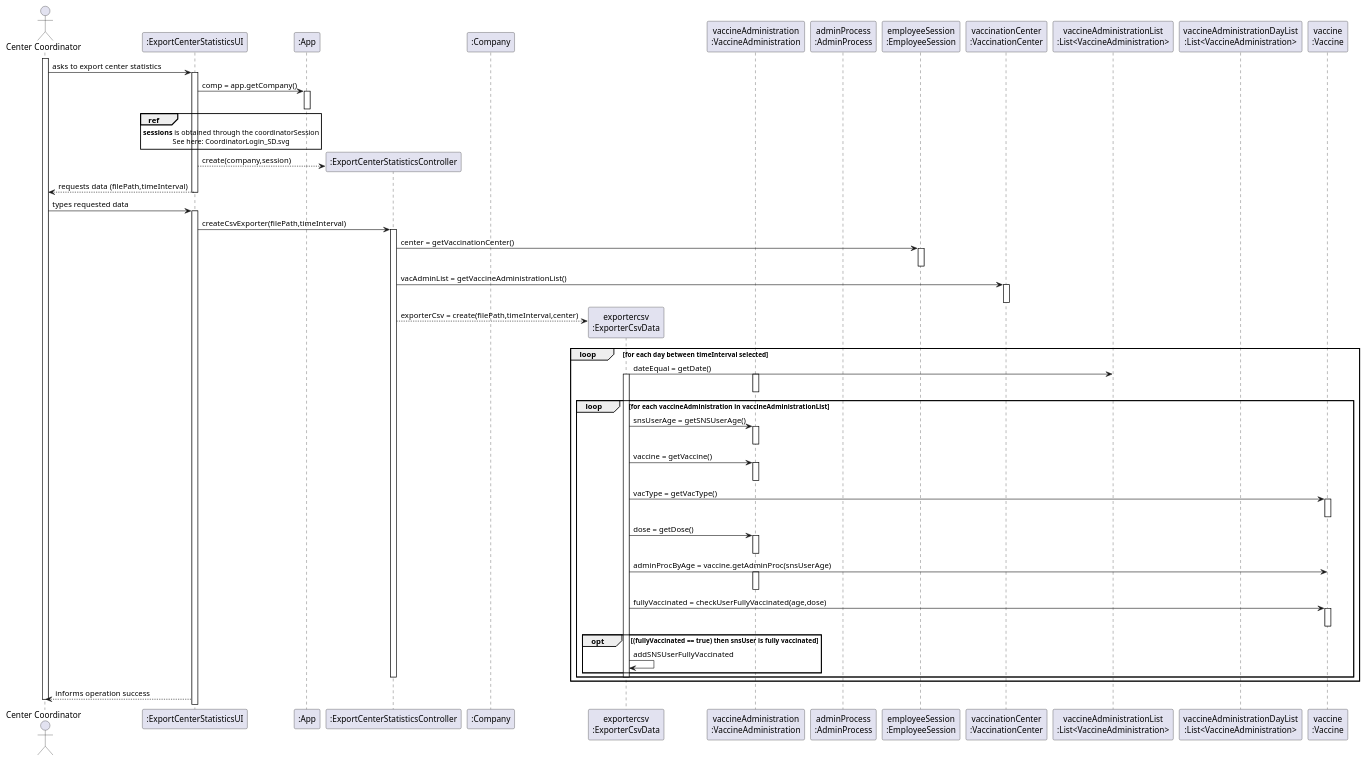
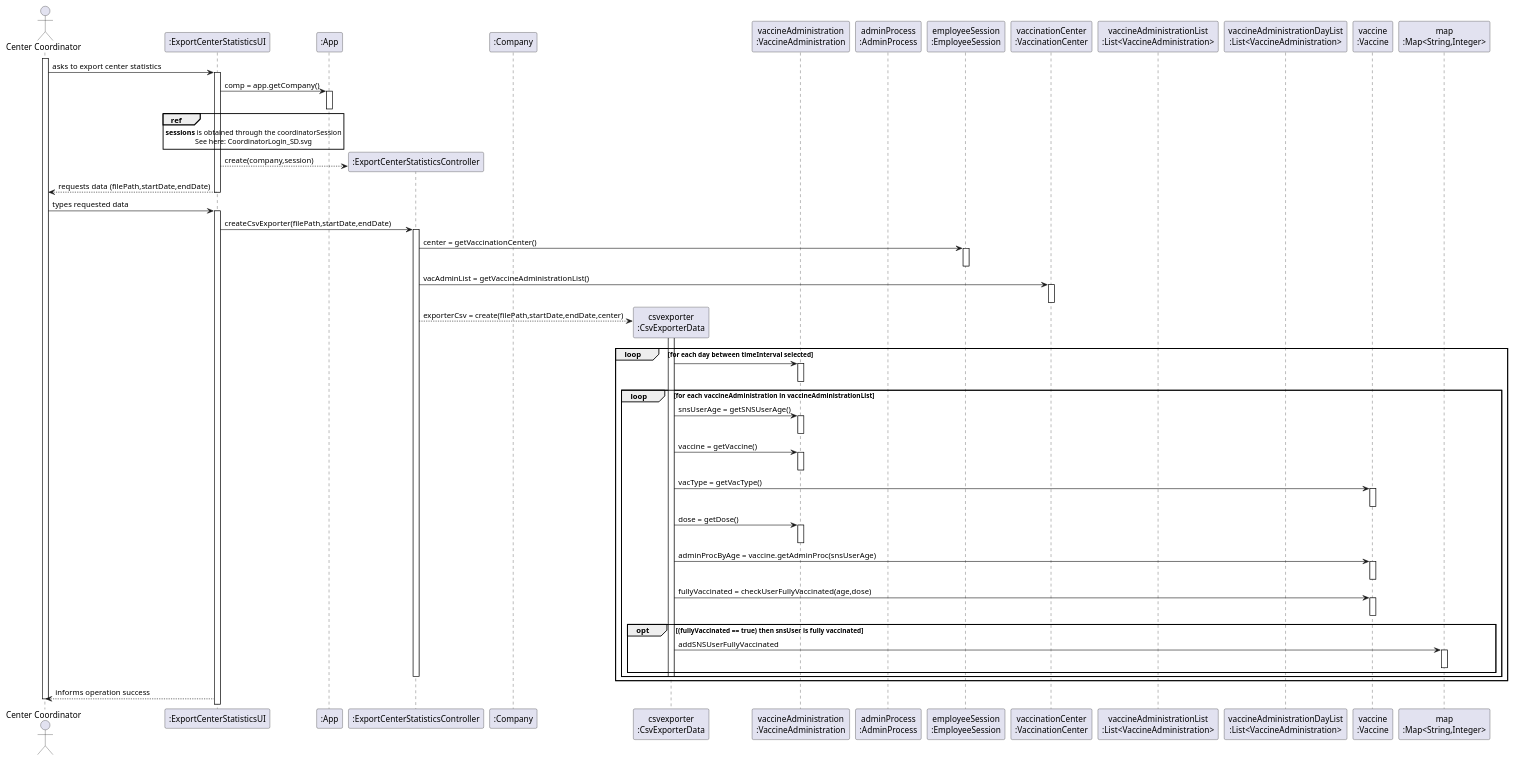
The diagram in docs/SprintD/US15/SD/US15_SD.puml (miseEnPlace-i/lapr2), drawn with PlantUML before and after one commit.

Commit message:
docs(US15): updated SD (added map to save fully vaccinated)

```diff
--- a/docs/SprintD/US15/SD/US15_SD.puml
+++ b/docs/SprintD/US15/SD/US15_SD.puml
@@ -1,98 +1,101 @@
 @startuml US15_SD
 
 actor "Center Coordinator" as COORDINATOR
 
 participant ":ExportCenterStatisticsUI" as UI
 participant ":App" as APP
 participant ":ExportCenterStatisticsController" as CTRL
 participant ":Company" as COMP
-participant "exportercsv\n:ExporterCsvData" as EXPORTER
+participant "csvexporter\n:CsvExporterData" as EXPORTER
 participant "vaccineAdministration\n:VaccineAdministration" as VACADMIN
 participant "adminProcess\n:AdminProcess" as ADMINPROC
 participant "employeeSession\n:EmployeeSession" as EMPLOYEESESSION
 participant "vaccinationCenter\n:VaccinationCenter" as CENTER
 participant "vaccineAdministrationList\n:List<VaccineAdministration>" as VACADMINLIST
 participant "vaccineAdministrationDayList\n:List<VaccineAdministration>" as VACDAYLIST
 participant "vaccine\n:Vaccine" as VACCINE
+participant "map\n:Map<String,Integer>" as MAP
 
 activate COORDINATOR
 COORDINATOR -> UI : asks to export center statistics
 activate UI
 
 UI -> APP : comp = app.getCompany()
 activate APP
 deactivate APP
 
 ref over UI 
 **sessions** is obtained through the coordinatorSession
 See here: CoordinatorLogin_SD.svg
 end ref
 
 UI --> CTRL** : create(company,session)
 
-UI --> COORDINATOR : requests data (filePath,timeInterval)
+UI --> COORDINATOR : requests data (filePath,startDate,endDate)
 deactivate UI
 
 COORDINATOR -> UI : types requested data
 activate UI
 
-UI -> CTRL : createCsvExporter(filePath,timeInterval)
+UI -> CTRL : createCsvExporter(filePath,startDate,endDate)
 activate CTRL
 
 CTRL -> EMPLOYEESESSION : center = getVaccinationCenter()
 activate EMPLOYEESESSION
 deactivate EMPLOYEESESSION
 
 CTRL -> CENTER : vacAdminList = getVaccineAdministrationList()
 activate CENTER
 deactivate CENTER
 
-CTRL --> EXPORTER** : exporterCsv = create(filePath,timeInterval,center)
+CTRL --> EXPORTER** : exporterCsv = create(filePath,startDate,endDate,center)
 
 loop for each day between timeInterval selected
+activate EXPORTER
 
-EXPORTER -> VACADMINLIST : dateEqual = getDate()
-activate EXPORTER
+EXPORTER -> VACADMIN : 
 activate VACADMIN
 deactivate VACADMIN
 
 loop for each vaccineAdministration in vaccineAdministrationList
 
 EXPORTER -> VACADMIN :  snsUserAge = getSNSUserAge()
 activate VACADMIN
 deactivate VACADMIN
 
 EXPORTER -> VACADMIN : vaccine = getVaccine()
 activate VACADMIN
 deactivate VACADMIN
 
 EXPORTER -> VACCINE : vacType = getVacType()
 activate VACCINE
 deactivate VACCINE
 
 EXPORTER -> VACADMIN : dose = getDose()
 activate VACADMIN
 deactivate VACADMIN
 
 EXPORTER -> VACCINE : adminProcByAge = vaccine.getAdminProc(snsUserAge)
-activate VACADMIN
-deactivate VACADMIN
+activate VACCINE
+deactivate VACCINE
 
 EXPORTER -> VACCINE : fullyVaccinated = checkUserFullyVaccinated(age,dose)
 activate VACCINE
 deactivate VACCINE
 
 opt (fullyVaccinated == true) then snsUser is fully vaccinated 
-EXPORTER -> EXPORTER : addSNSUserFullyVaccinated
+EXPORTER -> MAP : addSNSUserFullyVaccinated
+activate MAP
+deactivate MAP
 end
 
 deactivate EXPORTER
 deactivate CTRL
 end
 end
 
 UI --> COORDINATOR : informs operation success
 
 deactivate COORDINATOR 
 
 @enduml
```
